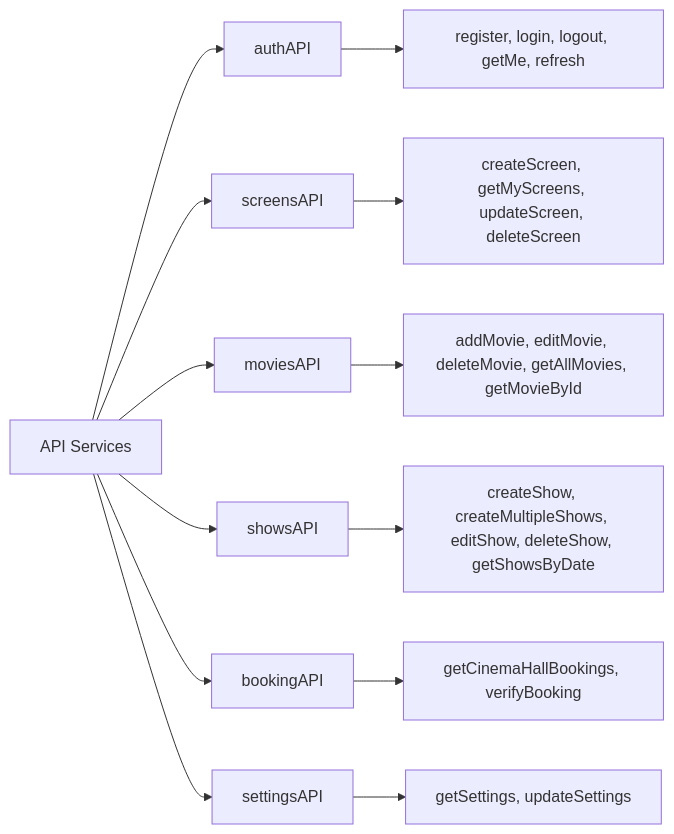
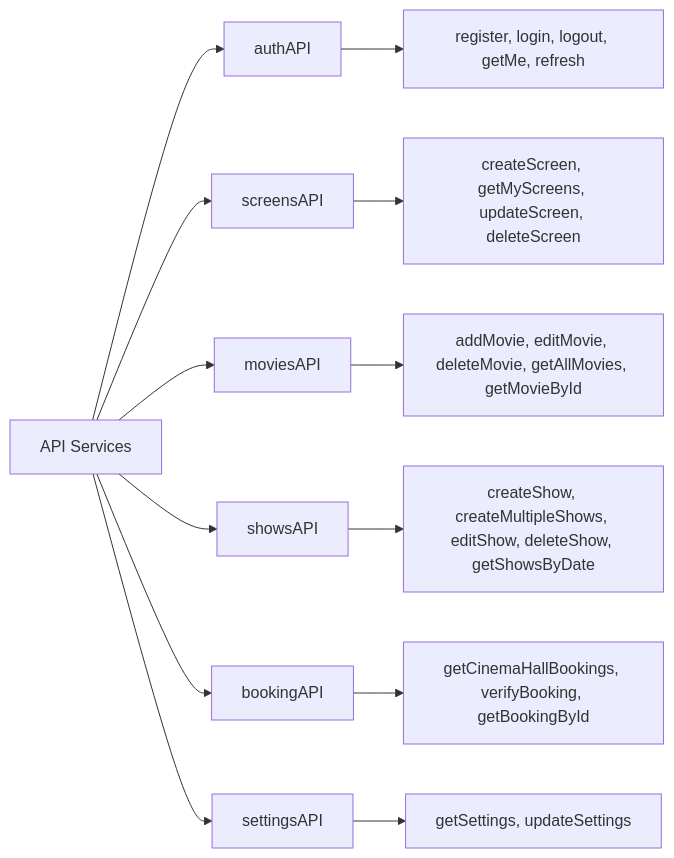
Before and after one commit to hduraimurugan/cinema-app-docs: diagram 12 of 17 in admin.md, drawn with Mermaid. The commit also changed other lines of this file and 1 other file, not shown here.

Commit message:
update: enhance admin documentation with BookingDetailPage details and clickable bookings; add stats aggregation for bookings overview

````diff
--- a/admin.md
+++ b/admin.md
@@ -852,16 +893,16 @@
 ```mermaid
 graph LR
     A[API Services] --> B[authAPI]
     A --> C[screensAPI]
     A --> D[moviesAPI]
     A --> E[showsAPI]
     A --> F[bookingAPI]
     A --> G2[settingsAPI]
 
     B --> G[register, login, logout, getMe, refresh]
     C --> H[createScreen, getMyScreens, updateScreen, deleteScreen]
     D --> I[addMovie, editMovie, deleteMovie, getAllMovies, getMovieById]
     E --> J[createShow, createMultipleShows, editShow, deleteShow, getShowsByDate]
-    F --> K[getCinemaHallBookings, verifyBooking]
+    F --> K[getCinemaHallBookings, verifyBooking, getBookingById]
     G2 --> L[getSettings, updateSettings]
 ```
````
